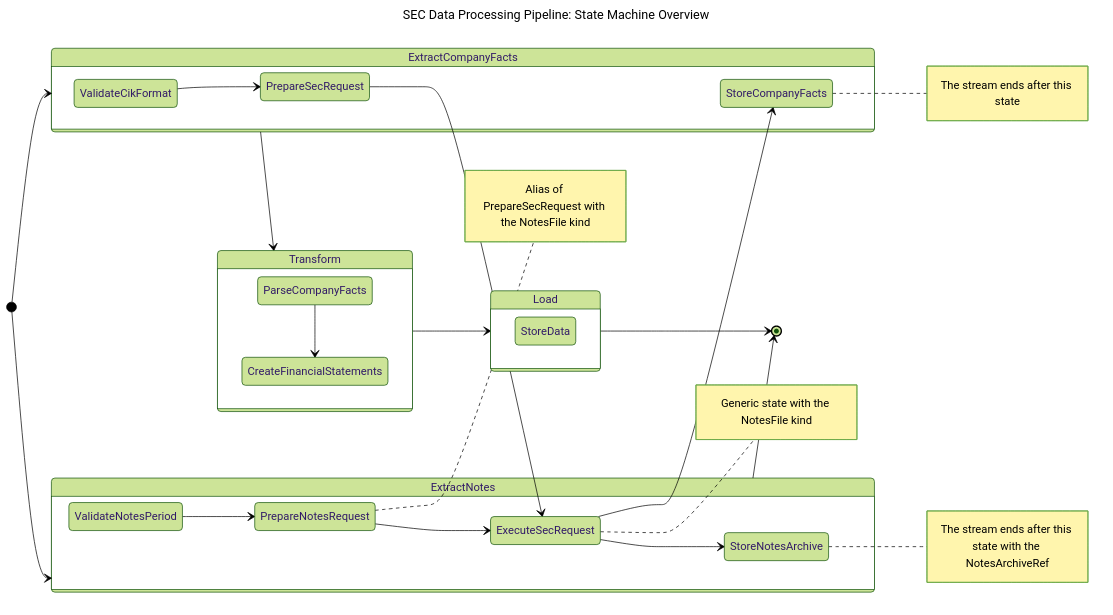
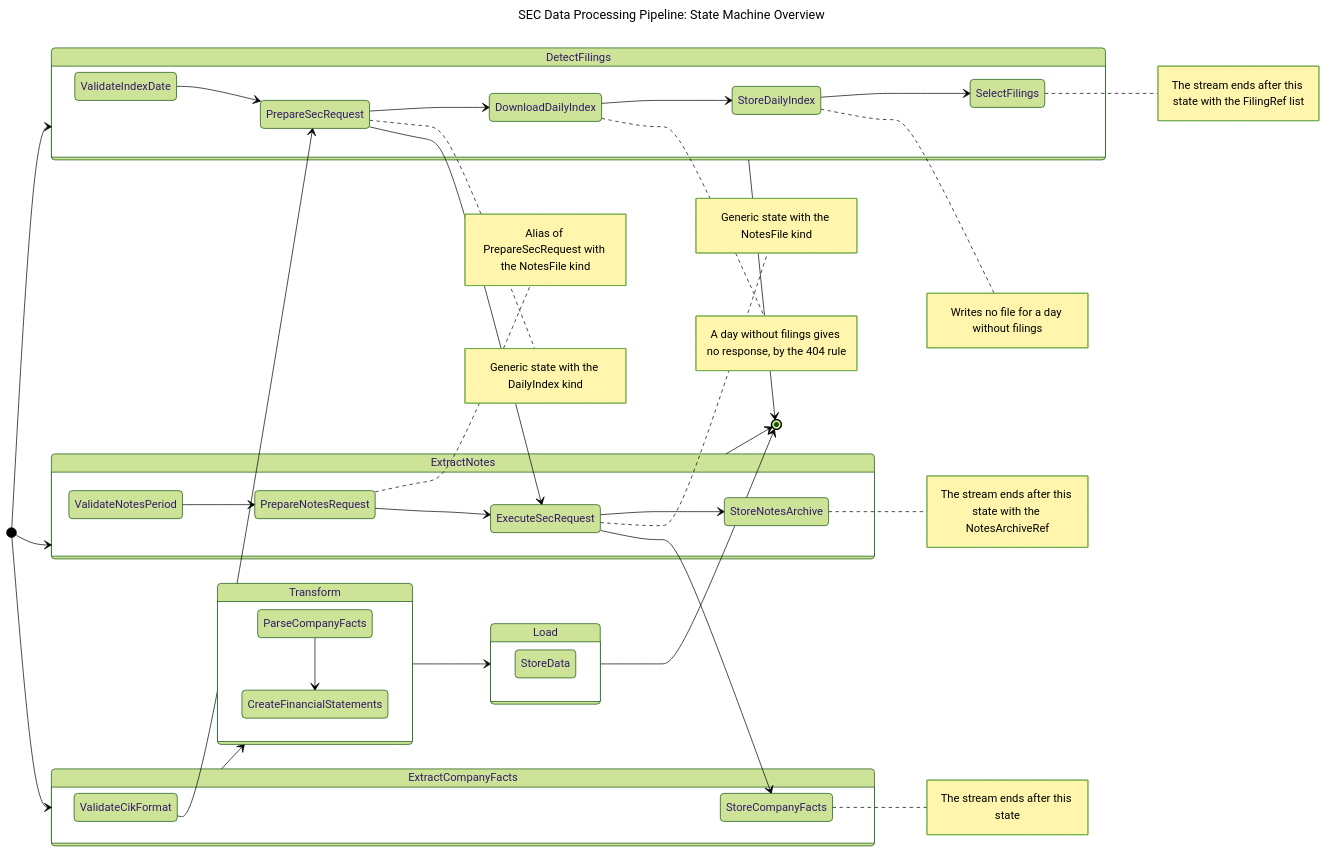
One commit to ironcapitaleu/arkad changed the diagram in sec/design/state_diagram/sec_state_machine.md. Above: the diagram before and after it, drawn with Mermaid (forest theme). The commit also changed 4 other files, not shown here.

First line of the commit message:
feat(sec): add DetectFilingsSuperState

````diff
--- a/sec/design/state_diagram/sec_state_machine.md
+++ b/sec/design/state_diagram/sec_state_machine.md
@@ -1,46 +1,61 @@
 ```mermaid
 ---
 title: "SEC Data Processing Pipeline: State Machine Overview"
 ---
 stateDiagram-v2
     %% Align all the SuperStates from left-to-right
     direction LR
 
     %% `ExtractCompanyFacts` SuperState
     [*] --> ExtractCompanyFacts
     state ExtractCompanyFacts {
         ValidateCikFormat --> PrepareSecRequest
         PrepareSecRequest --> ExecuteSecRequest
         ExecuteSecRequest --> StoreCompanyFacts
         note right of StoreCompanyFacts : The stream ends after this state
     }
 
     ExtractCompanyFacts --> Transform
 
     %% `ExtractNotes` SuperState, one per Notes file
     [*] --> ExtractNotes
     state ExtractNotes {
         ValidateNotesPeriod --> PrepareNotesRequest
         PrepareNotesRequest --> ExecuteSecRequest
         note right of PrepareNotesRequest : Alias of PrepareSecRequest with the NotesFile kind
         note right of ExecuteSecRequest : Generic state with the NotesFile kind
         ExecuteSecRequest --> StoreNotesArchive
         note right of StoreNotesArchive : The stream ends after this state with the NotesArchiveRef
     }
 
     ExtractNotes --> [*]
 
+    %% `DetectFilings` SuperState, one per day
+    [*] --> DetectFilings
+    state DetectFilings {
+        ValidateIndexDate --> PrepareSecRequest
+        note right of PrepareSecRequest : Generic state with the DailyIndex kind
+        PrepareSecRequest --> DownloadDailyIndex
+        note right of DownloadDailyIndex : A day without filings gives no response, by the 404 rule
+        DownloadDailyIndex --> StoreDailyIndex
+        note right of StoreDailyIndex : Writes no file for a day without filings
+        StoreDailyIndex --> SelectFilings
+        note right of SelectFilings : The stream ends after this state with the FilingRef list
+    }
+
+    DetectFilings --> [*]
+
     %% `Transform` SuperState
     state Transform {
         ParseCompanyFacts --> CreateFinancialStatements
     }
 
     Transform --> Load
 
     %% `Load` SuperState
     state Load {
         StoreData
     }
 
     Load --> [*]
 ```
````
